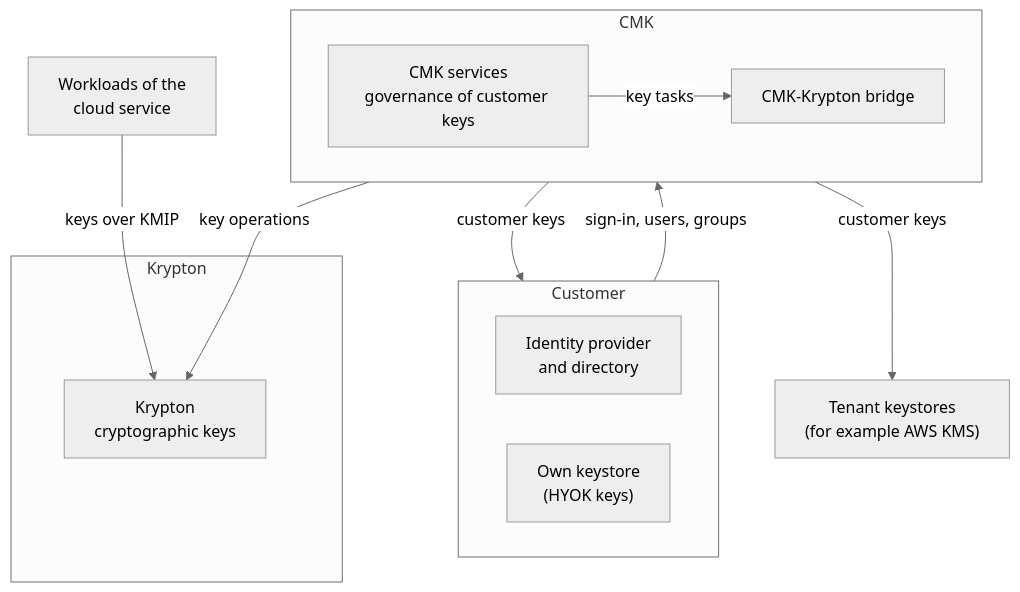
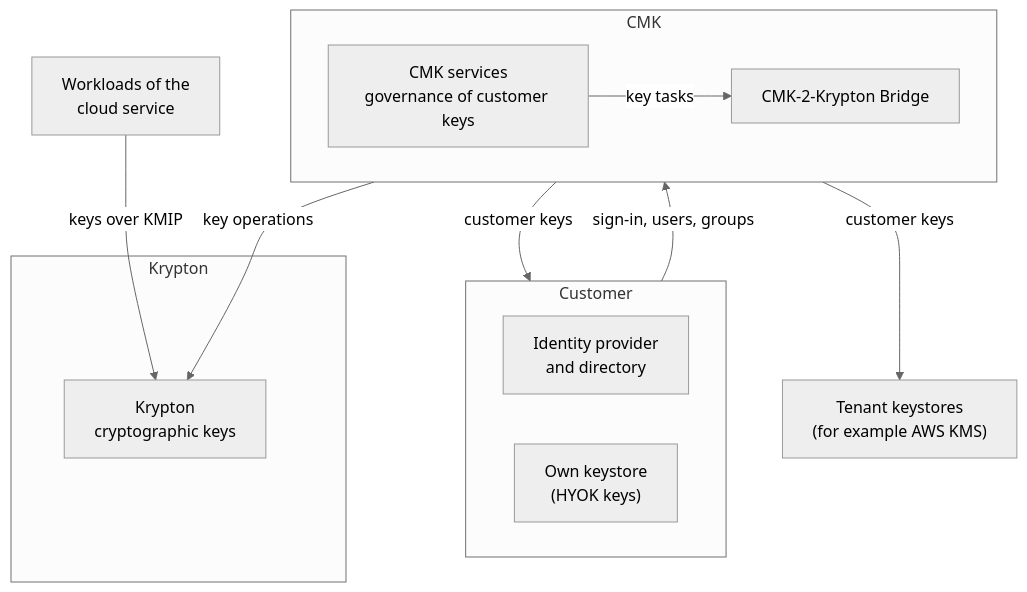
One commit to openkcm/openkcm.github.io changed the diagram in docs/overview/index.md. Above: the diagram before and after it, drawn with Mermaid (neutral theme). The commit also changed other lines of this file and 9 other files, not shown here.

````diff
--- a/docs/overview/index.md
+++ b/docs/overview/index.md
@@ -57,24 +57,24 @@
 ```mermaid
 flowchart TB
     subgraph Customer["Customer"]
         direction LR
         IdP["Identity provider<br/>and directory"]
         KS["Own keystore<br/>(HYOK keys)"]
     end
     subgraph CMK["CMK"]
         direction LR
         CMKS["CMK services<br/>governance of customer keys"]
-        BR["CMK-Krypton bridge"]
+        BR["CMK-2-Krypton Bridge"]
     end
     TKS["Tenant keystores<br/>(for example AWS KMS)"]
     subgraph KRY["Krypton"]
         KR["Krypton<br/>cryptographic keys"]
     end
     W["Workloads of the<br/>cloud service"]
     IdP -- "sign-in, users, groups" --> CMKS
     CMKS -- "customer keys" --> KS
     CMKS -- "customer keys" --> TKS
     CMKS -- "key tasks" --> BR
     BR -- "key operations" --> KR
     W -- "keys over KMIP" --> KR
 ```
````
